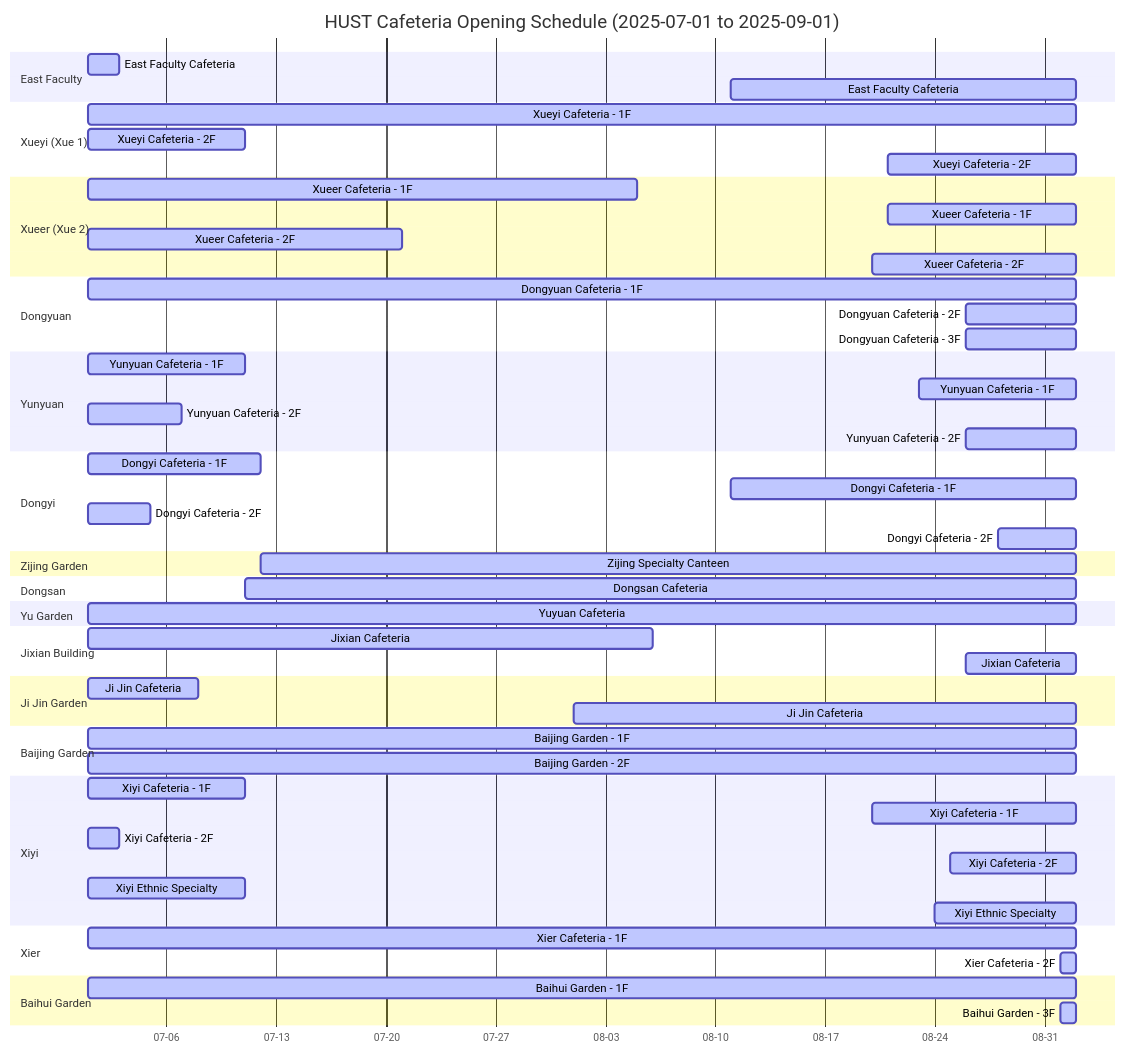
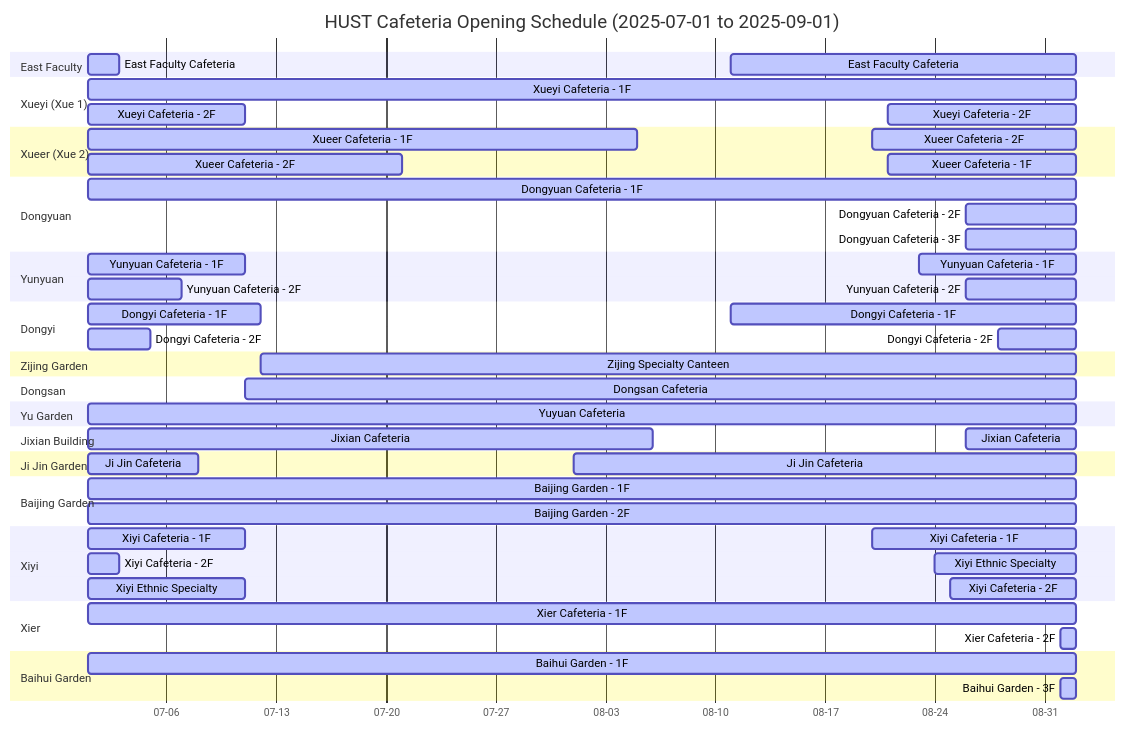
Before and after one commit to CuT-Shade/25S: the first of 2 diagrams in README.md, drawn with Mermaid.

````diff
--- a/README.md
+++ b/README.md
@@ -21,4 +21,7 @@
 ```mermaid
+--- 
+displayMode: compact 
+---
 gantt
     title HUST Cafeteria Opening Schedule (2025-07-01 to 2025-09-01)
     dateFormat  YYYY-MM-DD
````
